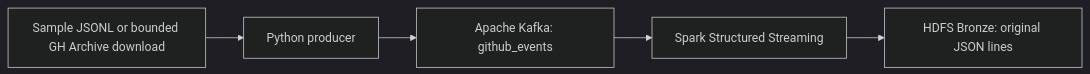
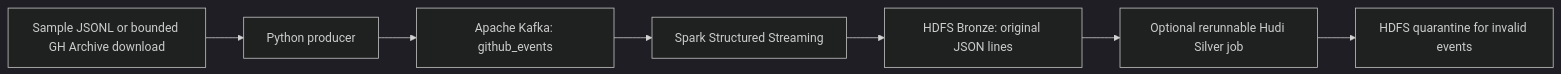
One commit to UssamaRei/github-activity-analytics changed the first of 2 diagrams in docs/architecture.md. Above: the diagram before and after it, drawn with Mermaid (dark theme). The commit also changed other lines of this file and 4 other files, not shown here.

````diff
--- a/docs/architecture.md
+++ b/docs/architecture.md
@@ -5,7 +5,9 @@
 ```mermaid
 flowchart LR
     S[Sample JSONL or bounded GH Archive download] --> P[Python producer]
     P --> K[Apache Kafka: github_events]
     K --> B[Spark Structured Streaming]
     B --> H[HDFS Bronze: original JSON lines]
+    H --> SI[Optional rerunnable Hudi Silver job]
+    SI --> Q[HDFS quarantine for invalid events]
 ```
````
